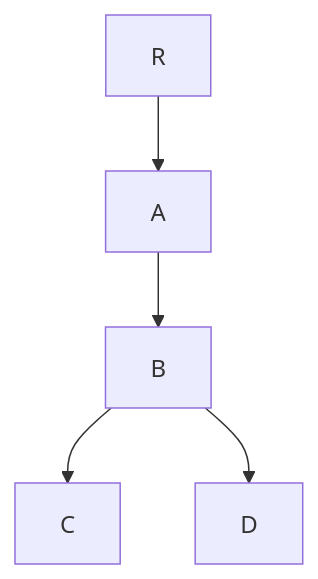
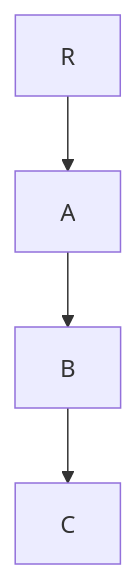
Before and after one commit to zblanco/runic: the diagram in README.md, drawn with Mermaid.

Commit message:
mermaid diagram

````diff
--- a/README.md
+++ b/README.md
@@ -36,7 +36,6 @@
 ```mermaid
   graph TD;
       R-->A;
       A-->B;
       B-->C;
-      B-->D;
 ```
````
